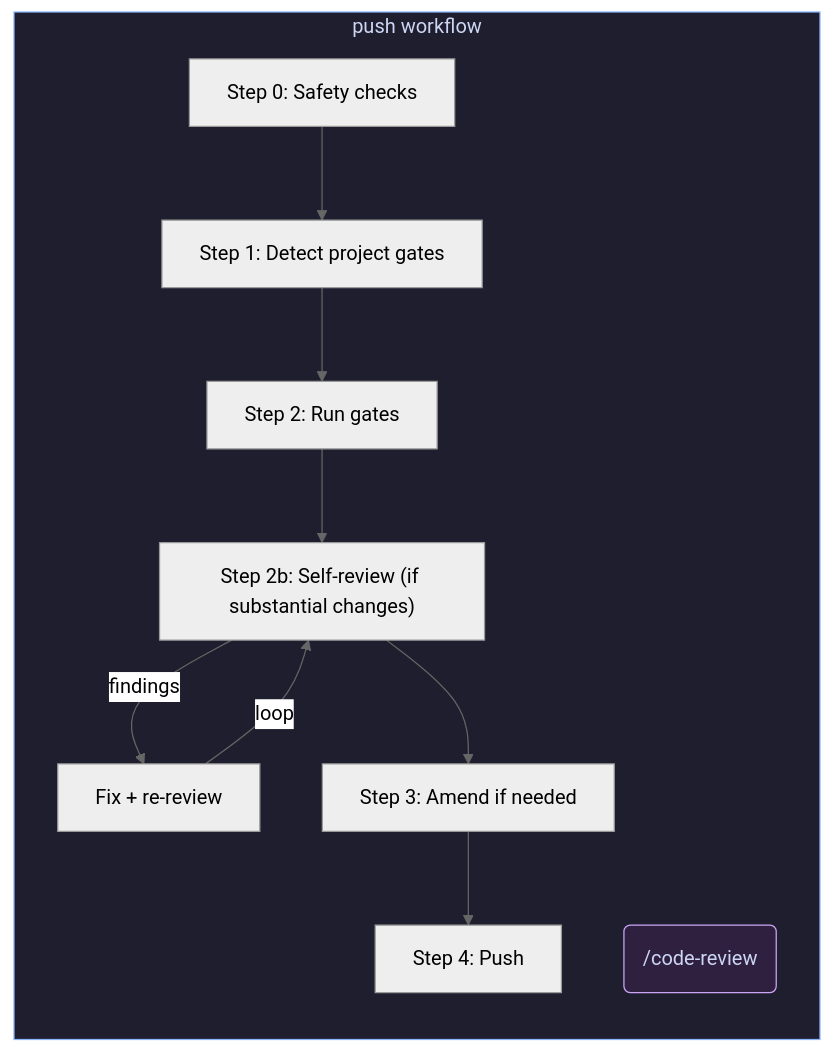
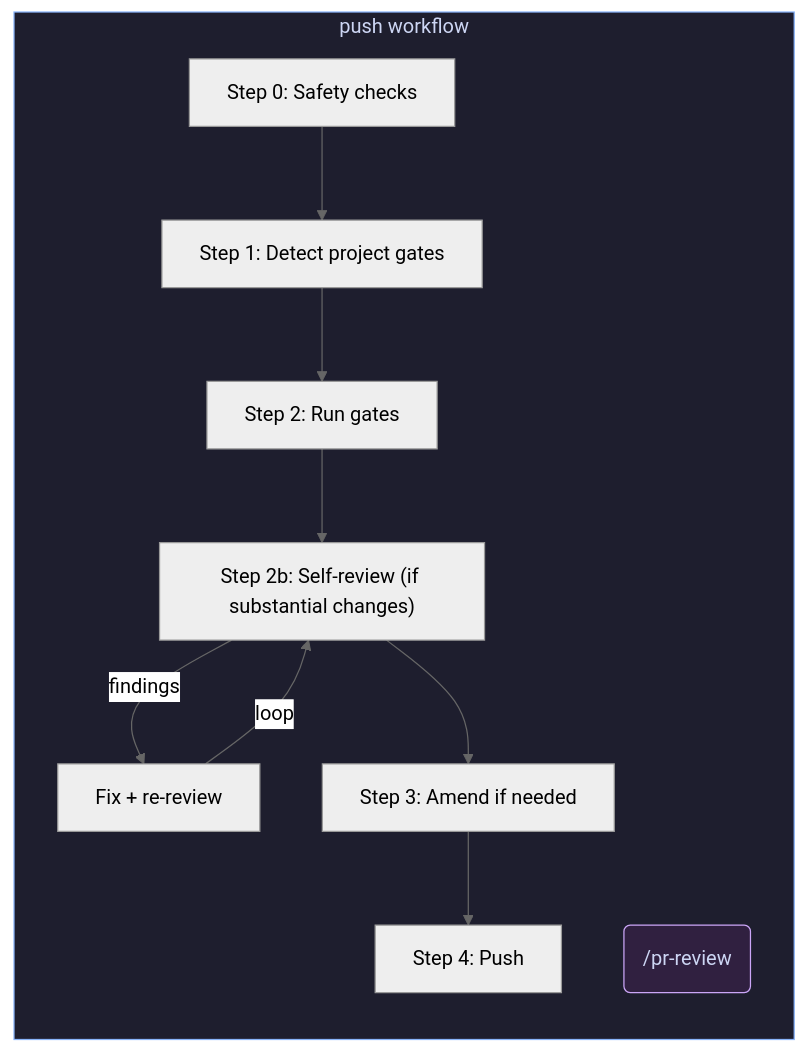
Before and after one commit to Saturate/agents: the diagram in plugins/skill-router/diagrams/push-flow.mmd, drawn with Mermaid (neutral theme). The commit also changed 24 other files, not shown here.

```diff
--- a/plugins/skill-router/diagrams/push-flow.mmd
+++ b/plugins/skill-router/diagrams/push-flow.mmd
@@ -1,22 +1,22 @@
 flowchart TD
     subgraph flow["push workflow"]
         direction TB
         S1["Step 0: Safety checks"]
         S2["Step 1: Detect project gates"]
         S1 --> S2
         S3["Step 2: Run gates"]
         S2 --> S3
         S4["Step 2b: Self-review (if substantial changes)"]
         S3 --> S4
         S4 -->|"findings"| FIX4["Fix + re-review"]
         FIX4 -->|"loop"| S4
         S5["Step 3: Amend if needed"]
         S4 --> S5
         S6["Step 4: Push"]
         S5 --> S6
 
-        INV_code-review("/code-review"):::invoke
+        INV_pr-review("/pr-review"):::invoke
     end
 
     style flow fill:#1e1e2e,stroke:#89b4fa,color:#cdd6f4
     classDef invoke fill:#302040,stroke:#cba6f7,color:#cdd6f4
```
